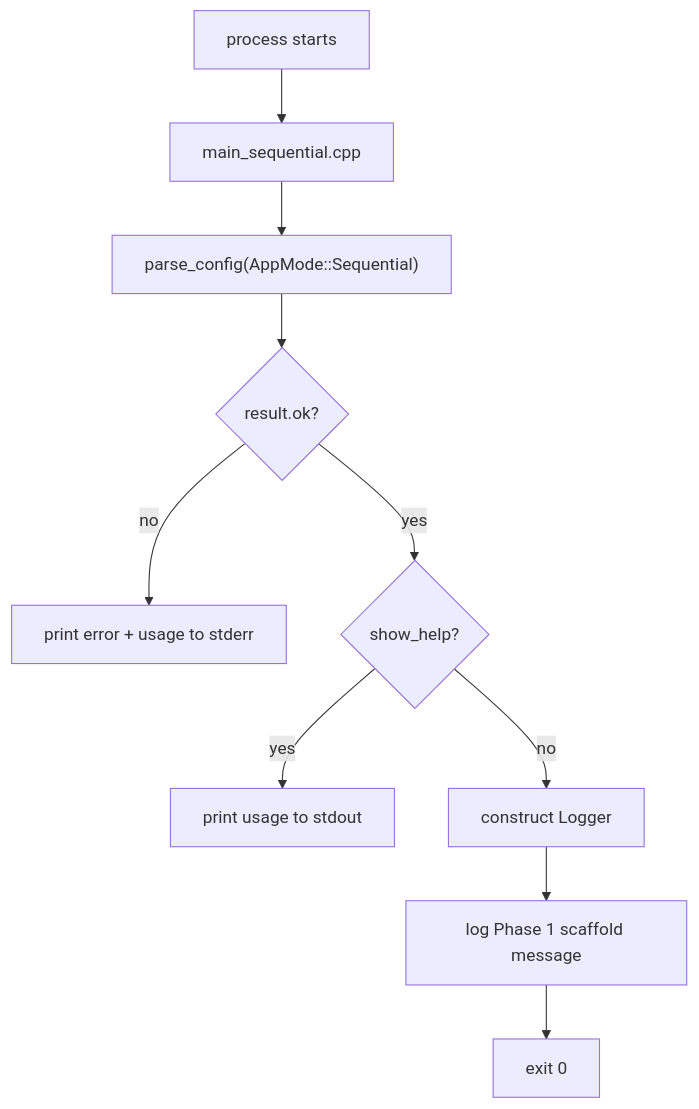
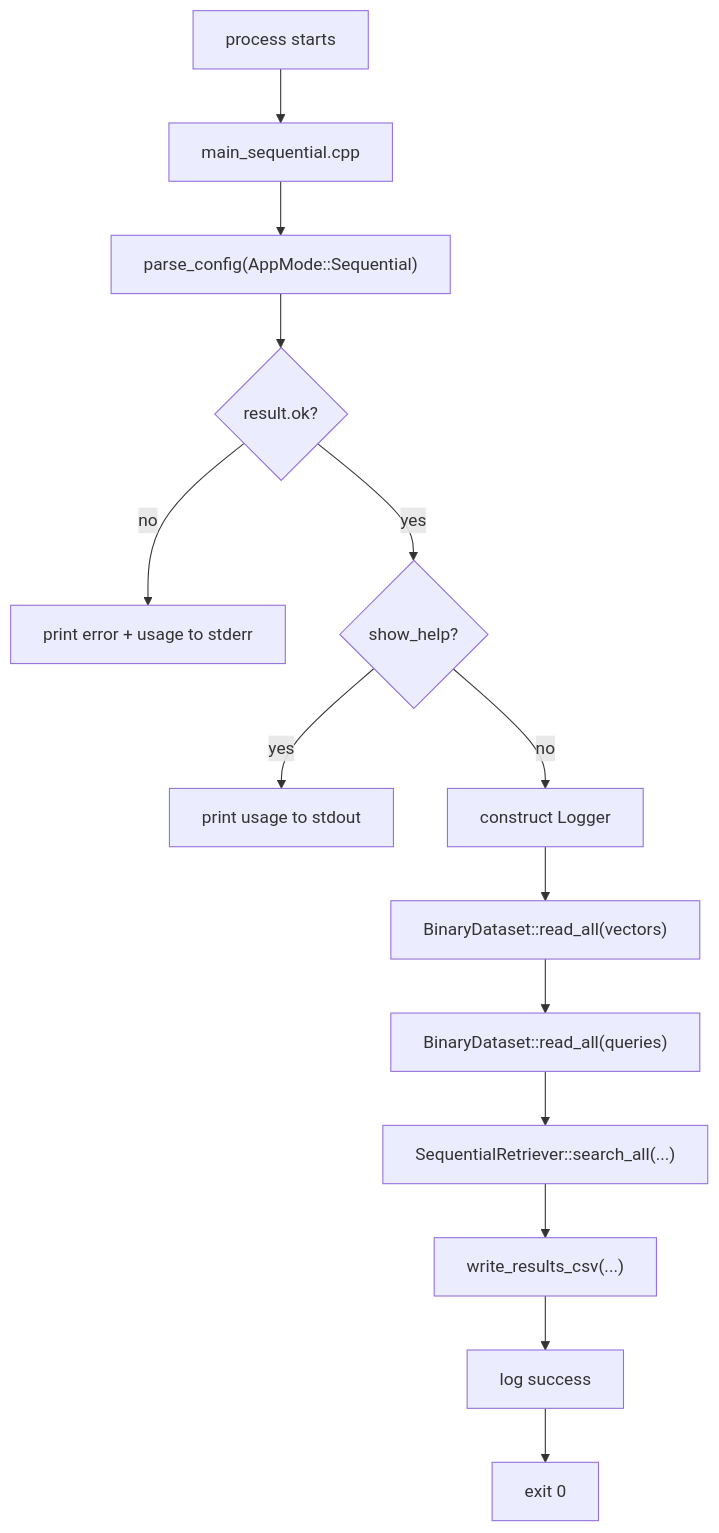
Before and after one commit to biabeogo147/Parallel-Retrieval-Engine-for-RAG: the second of 5 diagrams in docs/development/source_guide.md, drawn with Mermaid. The commit also changed other lines of this file and 17 other files, not shown here.

````diff
--- a/docs/development/source_guide.md
+++ b/docs/development/source_guide.md
@@ -112,12 +131,16 @@
 ```mermaid
 flowchart TD
     A["process starts"] --> B["main_sequential.cpp"]
     B --> C["parse_config(AppMode::Sequential)"]
     C --> D{"result.ok?"}
     D -- "no" --> E["print error + usage to stderr"]
     D -- "yes" --> F{"show_help?"}
     F -- "yes" --> G["print usage to stdout"]
     F -- "no" --> H["construct Logger"]
-    H --> I["log Phase 1 scaffold message"]
-    I --> J["exit 0"]
+    H --> I["BinaryDataset::read_all(vectors)"]
+    I --> J["BinaryDataset::read_all(queries)"]
+    J --> K["SequentialRetriever::search_all(...)"]
+    K --> L["write_results_csv(...)"]
+    L --> M["log success"]
+    M --> N["exit 0"]
 ```
````
